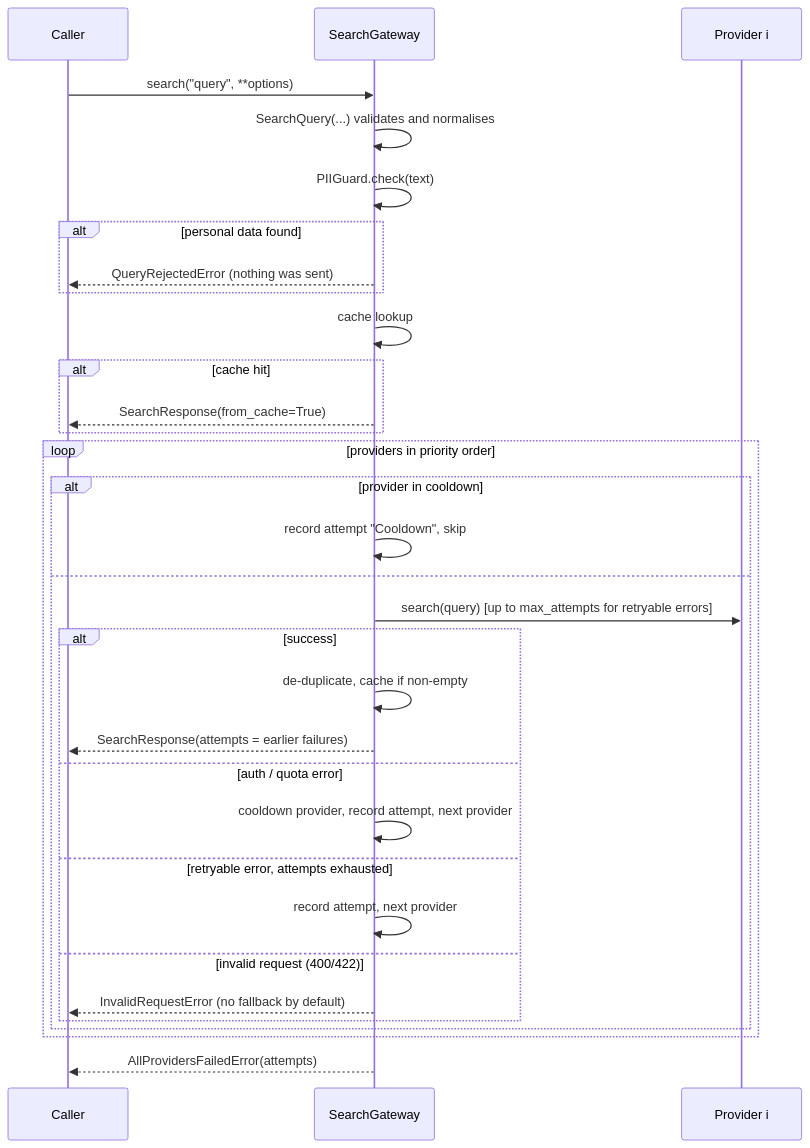
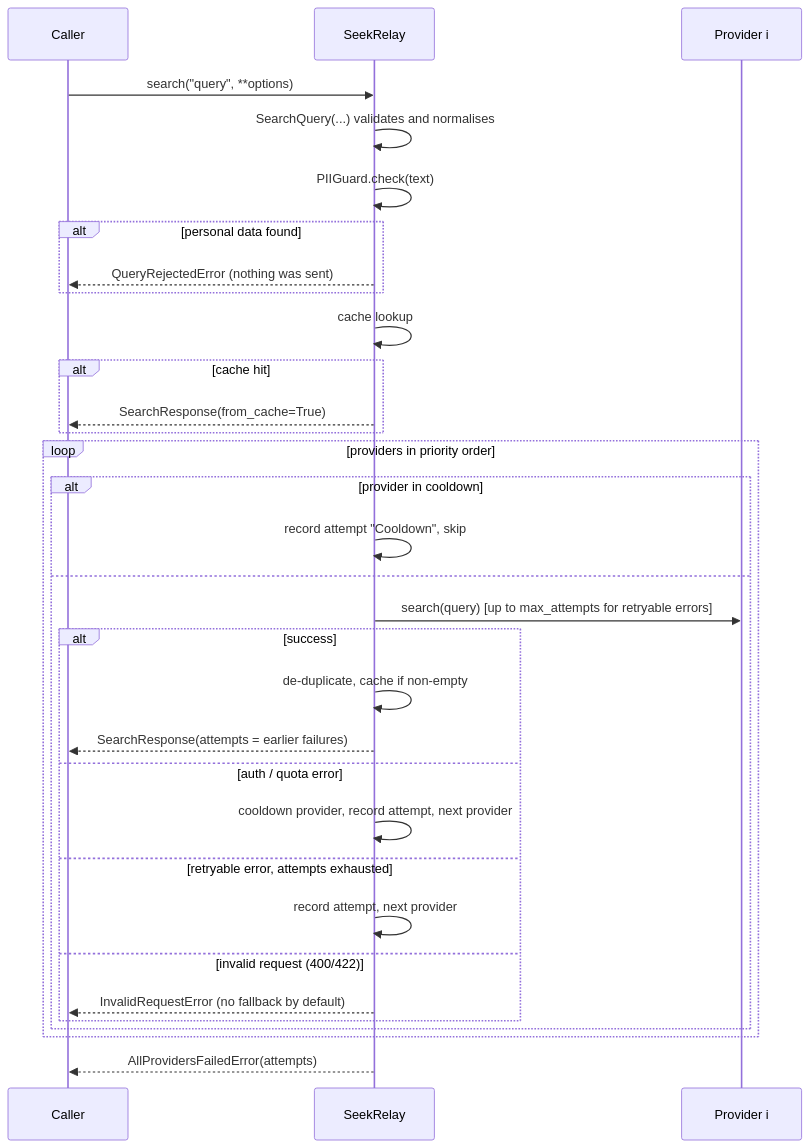
One commit to MaksicosUA/SeekRelay changed the second of 2 diagrams in docs/ARCHITECTURE.md. Above: the diagram before and after it, drawn with Mermaid. The commit also changed other lines of this file and 22 other files, not shown here.

First line of the commit message:
Rename SearchGateway to SeekRelay

````diff
--- a/docs/ARCHITECTURE.md
+++ b/docs/ARCHITECTURE.md
@@ -48,34 +48,34 @@
 ```mermaid
 sequenceDiagram
     participant C as Caller
-    participant G as SearchGateway
+    participant G as SeekRelay
     participant P as Provider i
     C->>G: search("query", **options)
     G->>G: SearchQuery(...) validates and normalises
     G->>G: PIIGuard.check(text)
     alt personal data found
         G-->>C: QueryRejectedError (nothing was sent)
     end
     G->>G: cache lookup
     alt cache hit
         G-->>C: SearchResponse(from_cache=True)
     end
     loop providers in priority order
         alt provider in cooldown
             G->>G: record attempt "Cooldown", skip
         else
             G->>P: search(query)  [up to max_attempts for retryable errors]
             alt success
                 G->>G: de-duplicate, cache if non-empty
                 G-->>C: SearchResponse(attempts = earlier failures)
             else auth / quota error
                 G->>G: cooldown provider, record attempt, next provider
             else retryable error, attempts exhausted
                 G->>G: record attempt, next provider
             else invalid request (400/422)
                 G-->>C: InvalidRequestError (no fallback by default)
             end
         end
     end
     G-->>C: AllProvidersFailedError(attempts)
 ```
````
